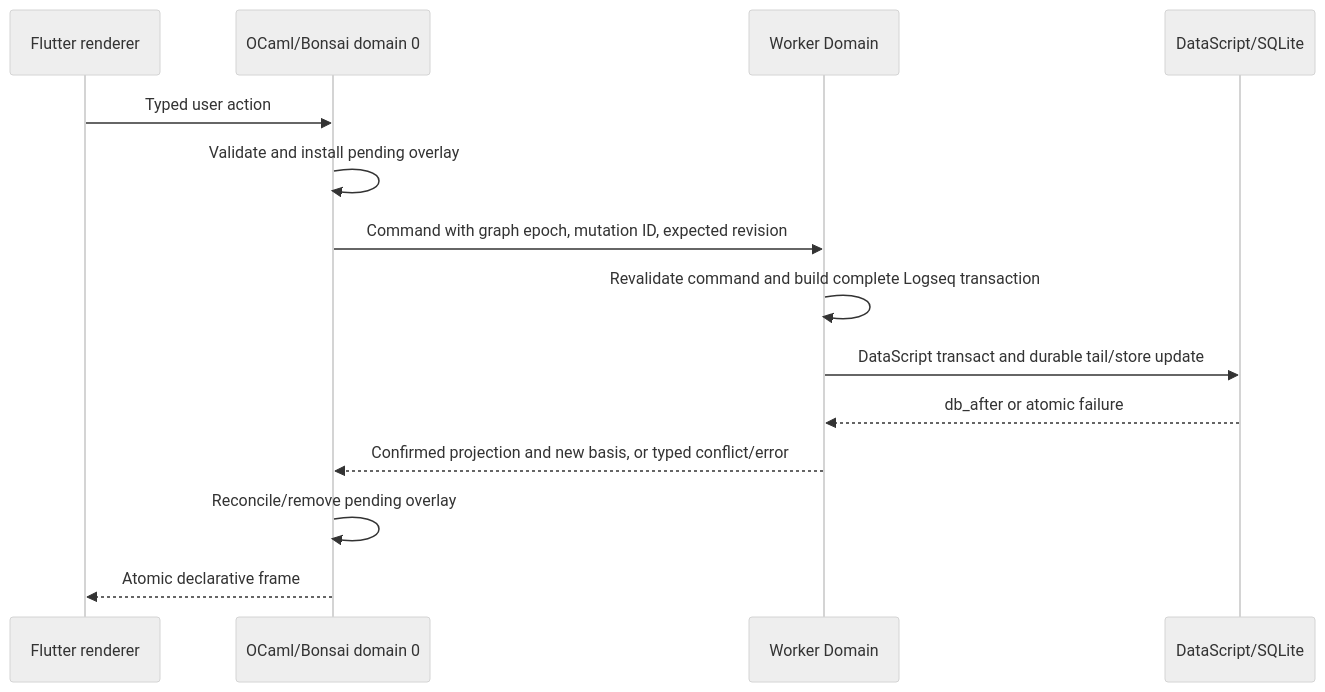
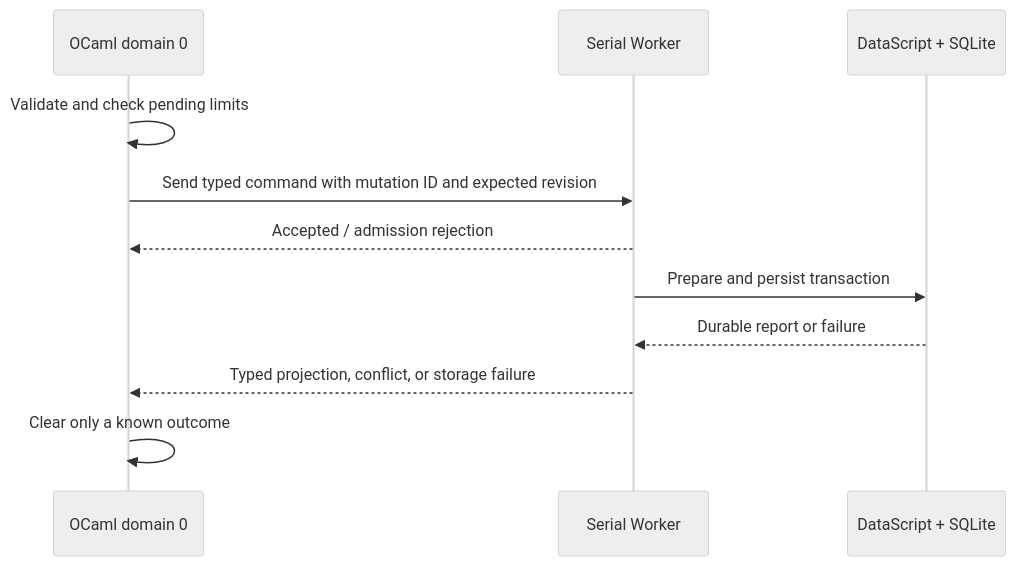
Before and after one commit to logseq/logseq_journal: the second of 2 diagrams in docs/agent-guide/001-journal-mobile-app-architecture.md, drawn with Mermaid (neutral theme). The commit also changed other lines of this file and 23 other files, not shown here.

Commit message:
doc(architecture): consolidate architecture documentation

````diff
--- a/docs/agent-guide/001-journal-mobile-app-architecture.md
+++ b/docs/agent-guide/001-journal-mobile-app-architecture.md
@@ -820,17 +278,14 @@
 ```mermaid
 sequenceDiagram
-    participant F as Flutter renderer
-    participant U as OCaml/Bonsai domain 0
-    participant W as Worker Domain
-    participant D as DataScript/SQLite
+  participant UI as OCaml domain 0
+  participant W as Serial Worker
+  participant DB as DataScript + SQLite
 
-    F->>U: Typed user action
-    U->>U: Validate and install pending overlay
-    U->>W: Command with graph epoch, mutation ID, expected revision
-    W->>W: Revalidate command and build complete Logseq transaction
-    W->>D: DataScript transact and durable tail/store update
-    D-->>W: db_after or atomic failure
-    W-->>U: Confirmed projection and new basis, or typed conflict/error
-    U->>U: Reconcile/remove pending overlay
-    U-->>F: Atomic declarative frame
+  UI->>UI: Validate and check pending limits
+  UI->>W: Send typed command with mutation ID and expected revision
+  W-->>UI: Accepted / admission rejection
+  W->>DB: Prepare and persist transaction
+  DB-->>W: Durable report or failure
+  W-->>UI: Typed projection, conflict, or storage failure
+  UI->>UI: Clear only a known outcome
 ```
````
